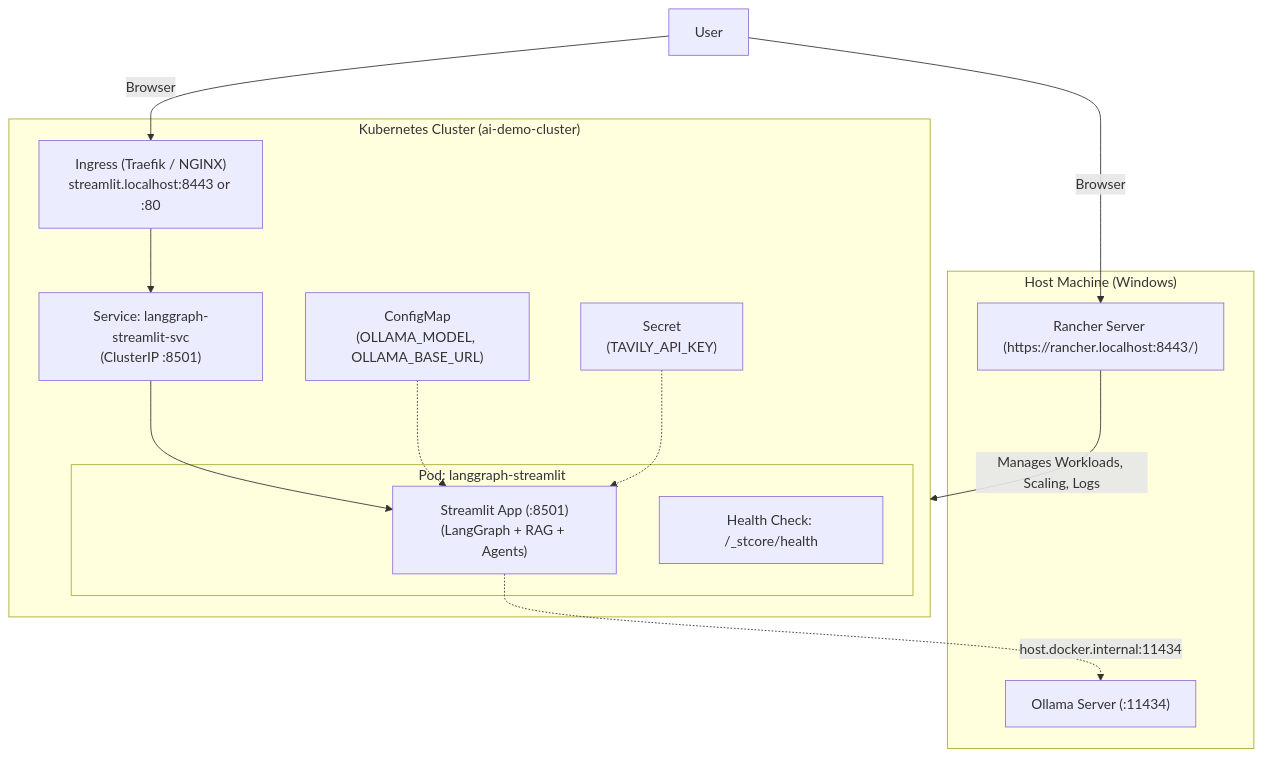
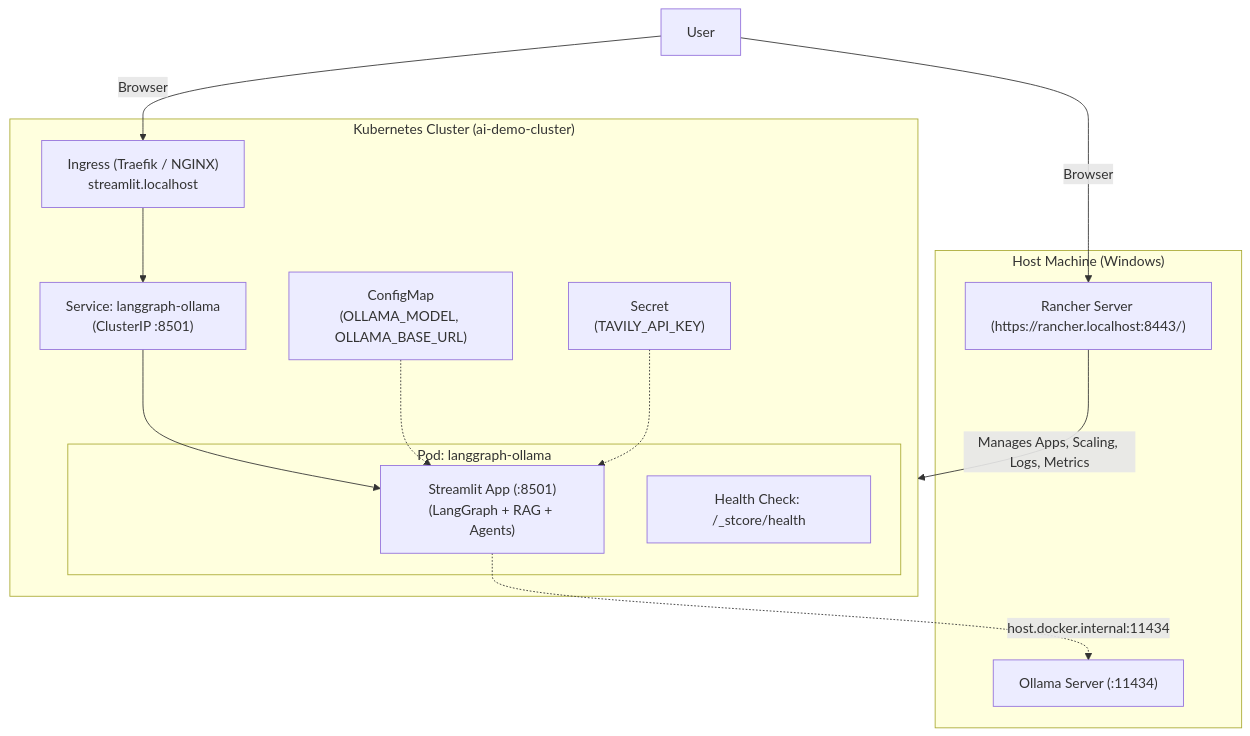
One commit to ly2xxx/langgraph_ollama changed the diagram in CONTAINERIZE.md. Above: the diagram before and after it, drawn with Mermaid. The commit also changed other lines of this file and 10 other files, not shown here.

````diff
--- a/CONTAINERIZE.md
+++ b/CONTAINERIZE.md
@@ -9,28 +9,28 @@
 ```mermaid
 flowchart TD
     subgraph Host["Host Machine (Windows)"]
         OLLAMA["Ollama Server (:11434)"]
         RANCHER["Rancher Server (https://rancher.localhost:8443/)"]
     end
 
     subgraph K8S["Kubernetes Cluster (ai-demo-cluster)"]
-        INGRESS["Ingress (Traefik / NGINX)\nstreamlit.localhost:8443 or :80"]
-        SVC["Service: langgraph-streamlit-svc\n(ClusterIP :8501)"]
-      
-        subgraph Pod["Pod: langgraph-streamlit"]
+        INGRESS["Ingress (Traefik / NGINX)\nstreamlit.localhost"]
+        SVC["Service: langgraph-ollama\n(ClusterIP :8501)"]
+        
+        subgraph Pod["Pod: langgraph-ollama"]
             STREAMLIT["Streamlit App (:8501)\n(LangGraph + RAG + Agents)"]
             PROBES["Health Check: /_stcore/health"]
         end
 
         CM["ConfigMap\n(OLLAMA_MODEL, OLLAMA_BASE_URL)"]
         SEC["Secret\n(TAVILY_API_KEY)"]
     end
 
     User -->|Browser| RANCHER
     User -->|Browser| INGRESS
     INGRESS --> SVC --> STREAMLIT
     STREAMLIT -.->|host.docker.internal:11434| OLLAMA
     CM -.-> STREAMLIT
     SEC -.-> STREAMLIT
-    RANCHER -->|Manages Workloads, Scaling, Logs| K8S
+    RANCHER -->|Manages Apps, Scaling, Logs, Metrics| K8S
 ```
````
